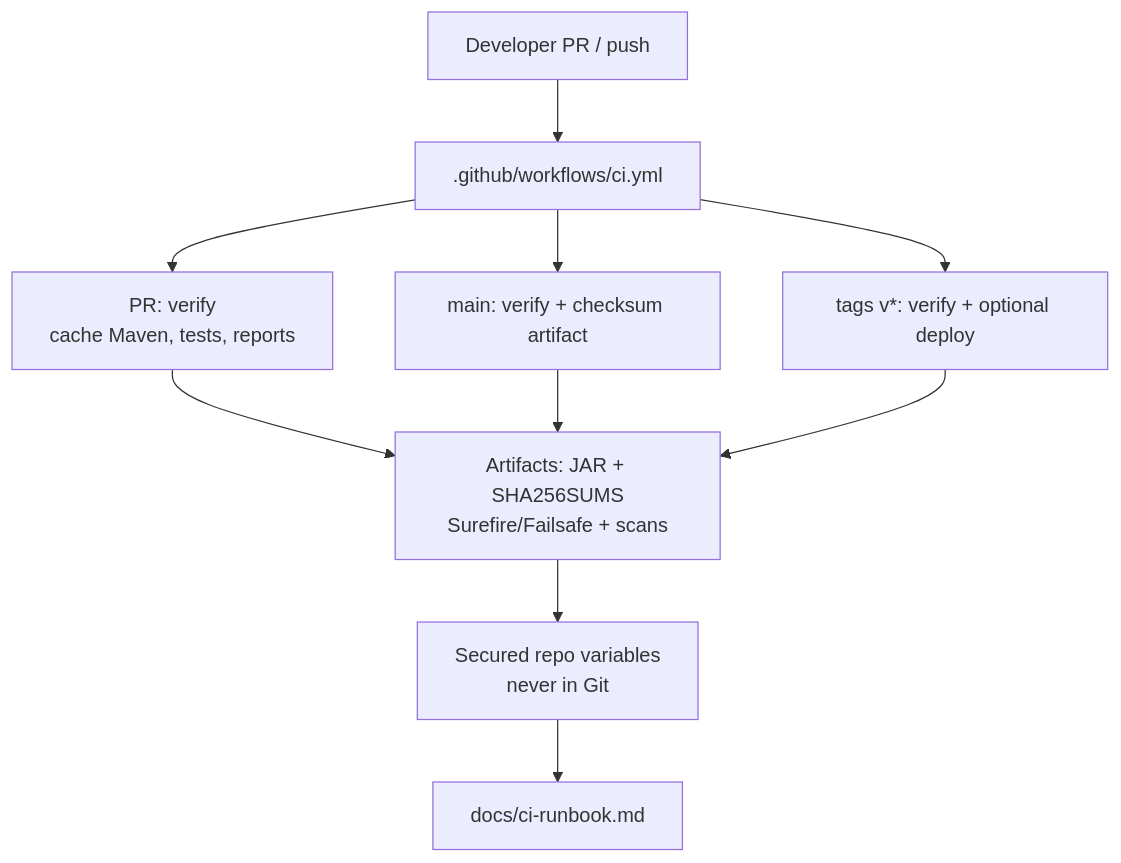
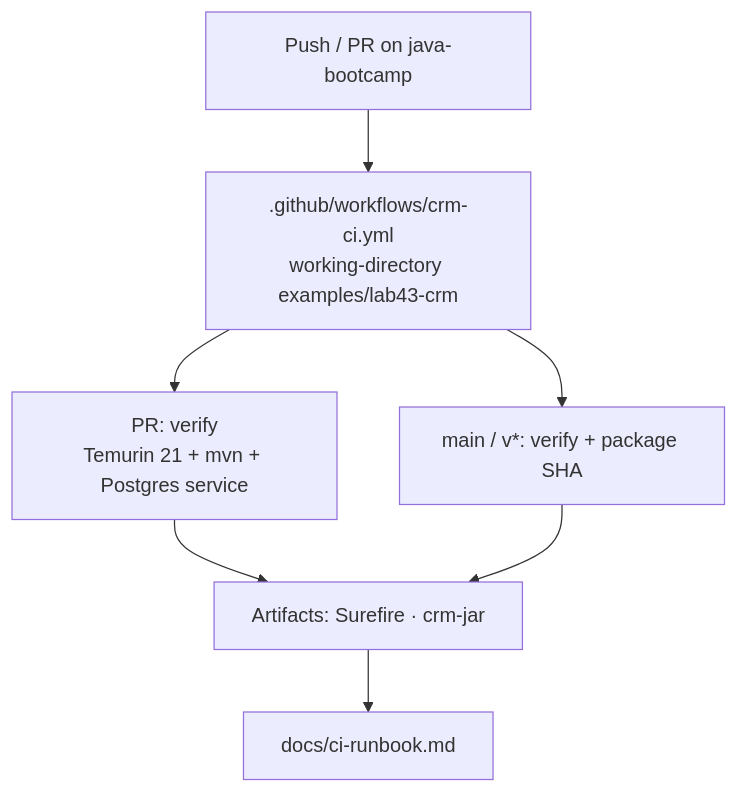
One commit to Innovation-In-Software/bc-sw-engineer-java-participant changed the diagram in labs/Week 5 - DevOps, CI-CD and OpenShift/module-43/lab43/LAB-43-GUIDE.md. Above: the diagram before and after it, drawn with Mermaid. The commit also changed other lines of this file and 16 other files, not shown here.

````diff
--- a/labs/Week 5 - DevOps, CI-CD and OpenShift/module-43/lab43/LAB-43-GUIDE.md
+++ b/labs/Week 5 - DevOps, CI-CD and OpenShift/module-43/lab43/LAB-43-GUIDE.md
@@ -167,12 +138,9 @@
 ```mermaid
 flowchart TB
-  PR["Developer PR / push"] --> WF[".github/workflows/ci.yml"]
-  WF --> PRJob["PR: verify<br/>cache Maven, tests, reports"]
-  WF --> MainJob["main: verify + checksum artifact"]
-  WF --> TagJob["tags v*: verify + optional deploy"]
-  PRJob --> Art["Artifacts: JAR + SHA256SUMS<br/>Surefire/Failsafe + scans"]
+  Dev["Push / PR on java-bootcamp"] --> Root[".github/workflows/crm-ci.yml<br/>working-directory examples/lab43-crm"]
+  Root --> PRJob["PR: verify<br/>Temurin 21 + mvn + Postgres service"]
+  Root --> MainJob["main / v*: verify + package SHA"]
+  PRJob --> Art["Artifacts: Surefire · crm-jar"]
   MainJob --> Art
-  TagJob --> Art
-  Art --> Sec["Secured repo variables<br/>never in Git"]
-  Sec --> Doc["docs/ci-runbook.md"]
+  Art --> Doc["docs/ci-runbook.md"]
 ```
````
